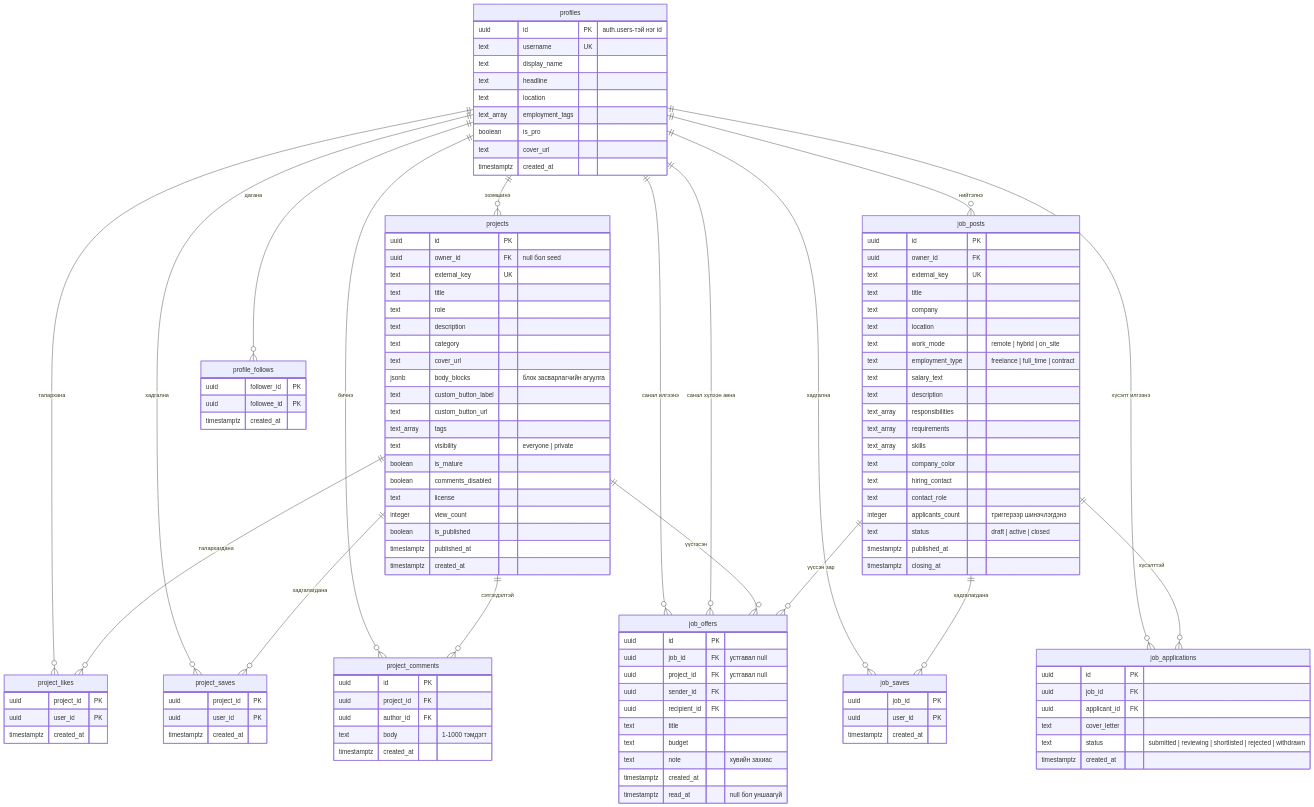
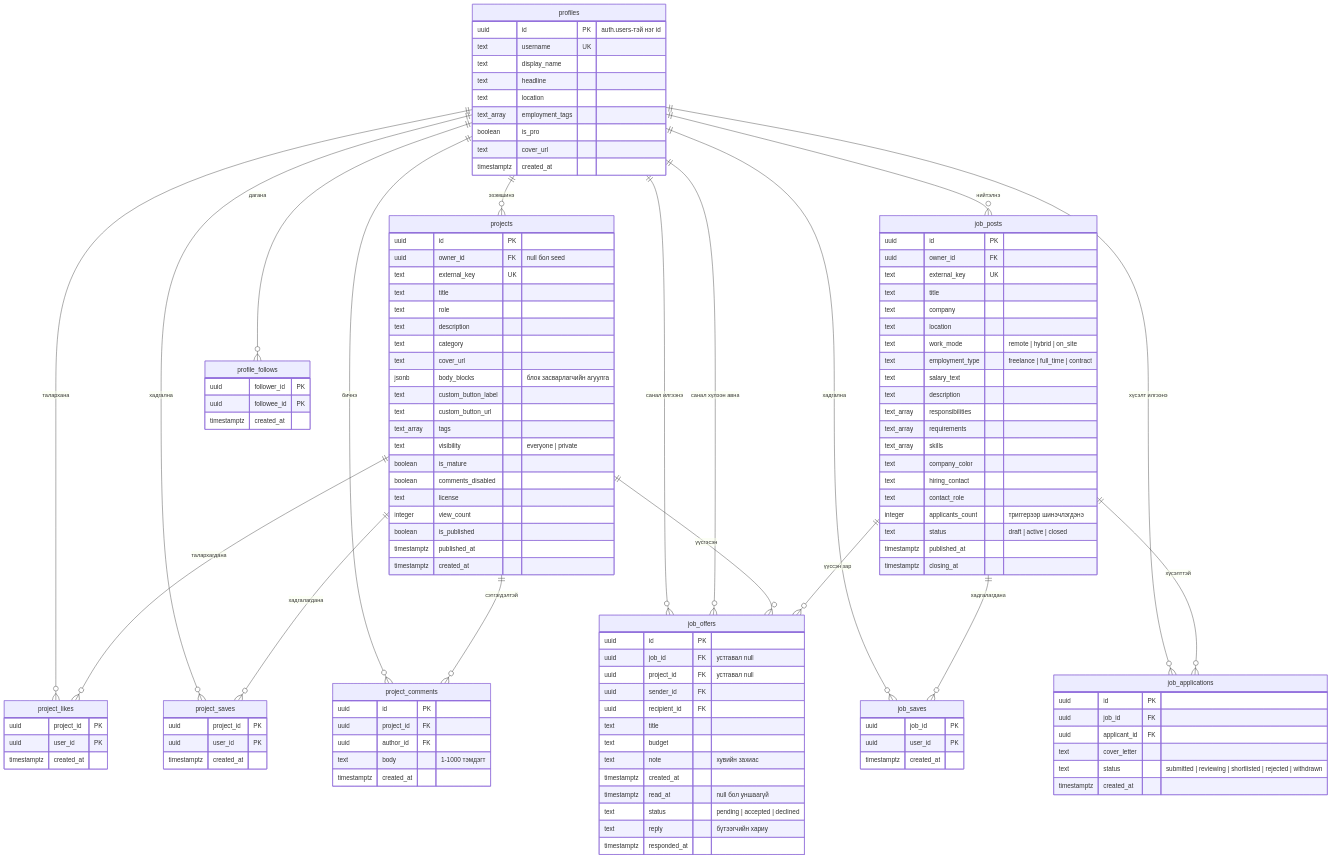
One commit to bdncr/project_x changed the first of 2 diagrams in docs/diagrams/03-erd.md. Above: the diagram before and after it, drawn with Mermaid. The commit also changed other lines of this file and 30 other files, not shown here.

````diff
--- a/docs/diagrams/03-erd.md
+++ b/docs/diagrams/03-erd.md
@@ -134,5 +134,8 @@
     text note "хувийн захиас"
     timestamptz created_at
     timestamptz read_at "null бол уншаагүй"
+    text status "pending | accepted | declined"
+    text reply "бүтээгчийн хариу"
+    timestamptz responded_at
   }
 ```
````
